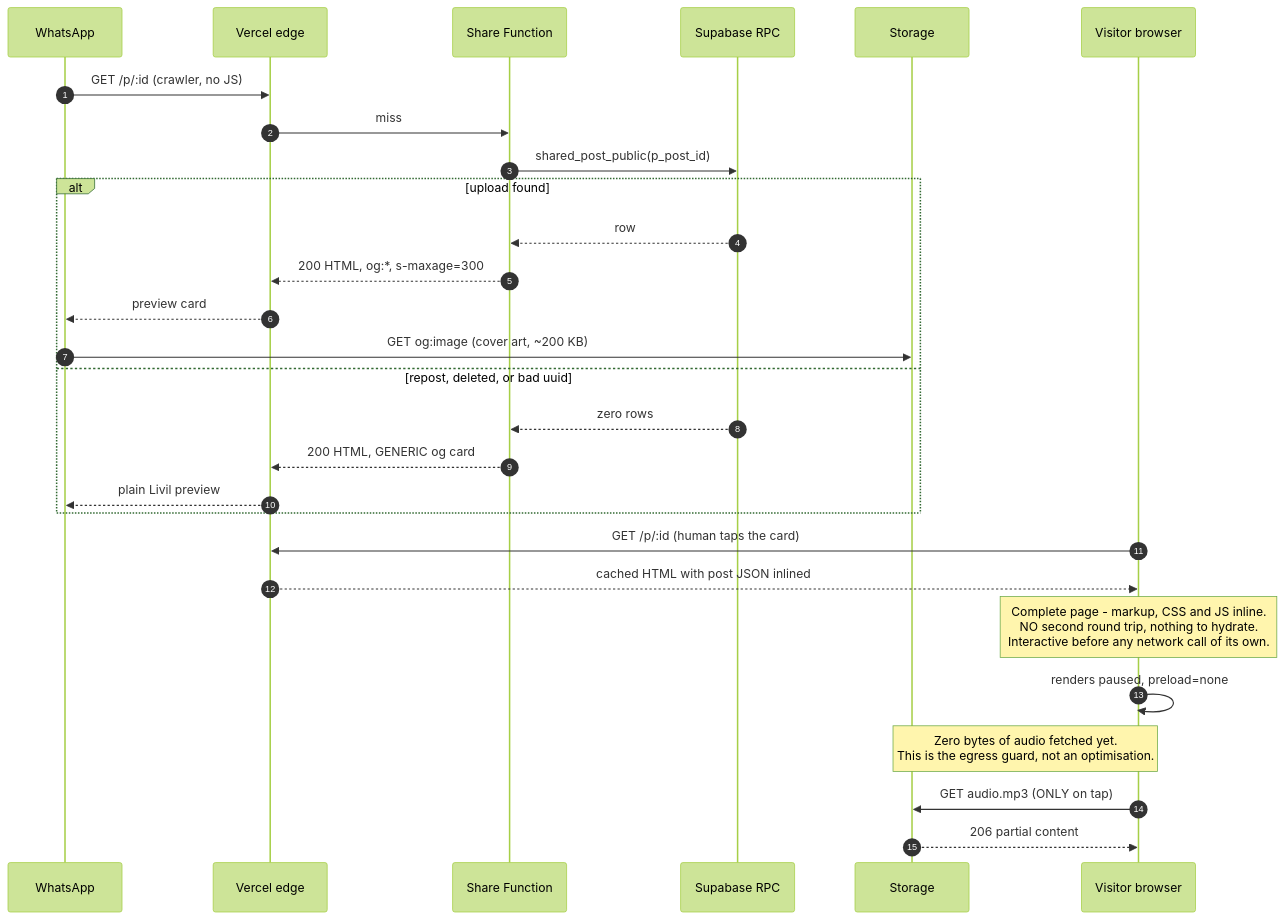
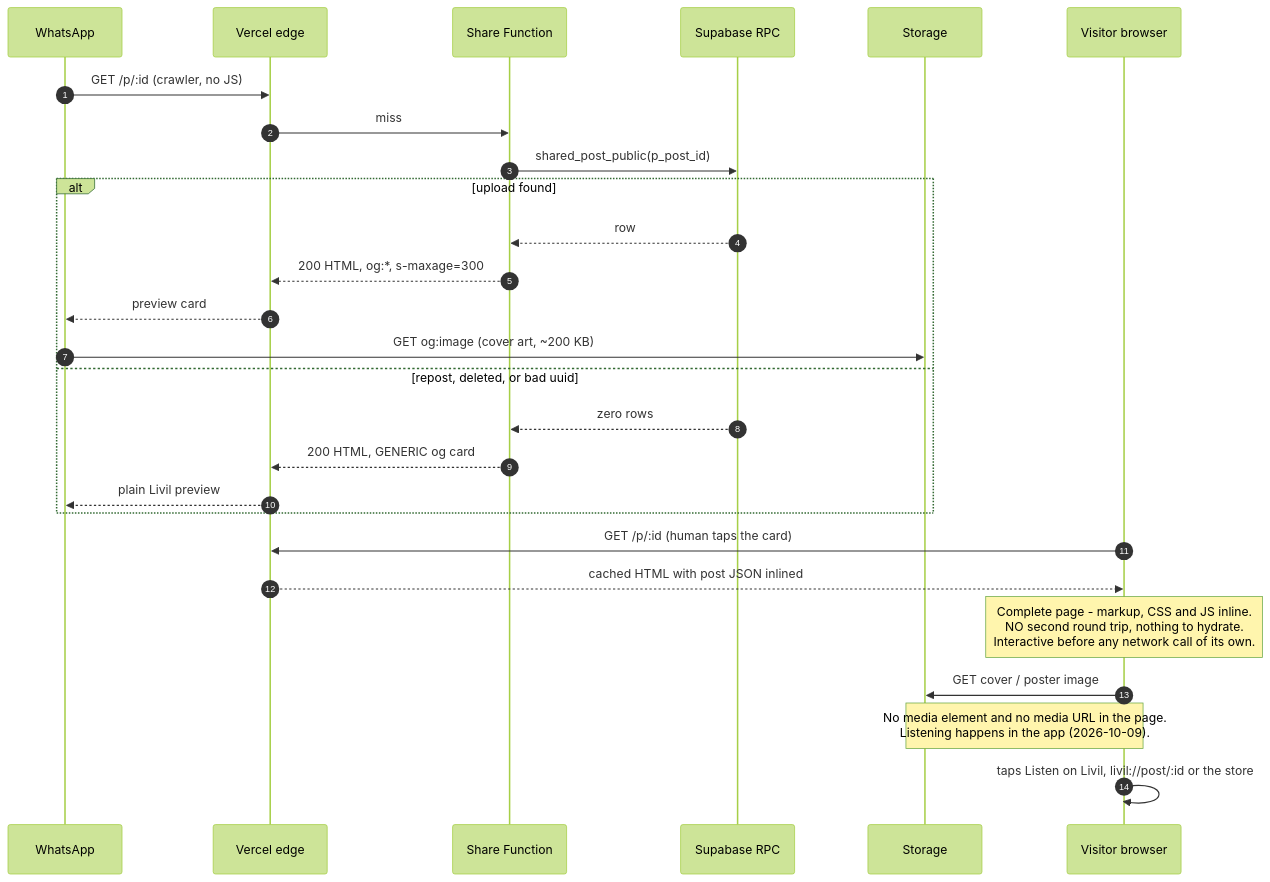
The fourth of 5 diagrams in kb/architecture/post-sharing.md (vvkiitkgp/livil), drawn with Mermaid (forest theme) before and after one commit. The commit also changed other lines of this file and 7 other files, not shown here.

First line of the commit message:
Share page: metadata only, listening needs the app (migration, not applied) (#268)

````diff
--- a/kb/architecture/post-sharing.md
+++ b/kb/architecture/post-sharing.md
@@ -434,32 +458,31 @@
 ```mermaid
 sequenceDiagram
     autonumber
     participant W as WhatsApp
     participant CDN as Vercel edge
     participant F as Share Function
     participant DB as Supabase RPC
     participant S as Storage
     participant U as Visitor browser
 
     W->>CDN: GET /p/:id (crawler, no JS)
     CDN->>F: miss
     F->>DB: shared_post_public(p_post_id)
     alt upload found
         DB-->>F: row
         F-->>CDN: 200 HTML, og:*, s-maxage=300
         CDN-->>W: preview card
         W->>S: GET og:image (cover art, ~200 KB)
     else repost, deleted, or bad uuid
         DB-->>F: zero rows
         F-->>CDN: 200 HTML, GENERIC og card
         CDN-->>W: plain Livil preview
     end
 
     U->>CDN: GET /p/:id (human taps the card)
     CDN-->>U: cached HTML with post JSON inlined
     Note over U: Complete page - markup, CSS and JS inline.<br/>NO second round trip, nothing to hydrate.<br/>Interactive before any network call of its own.
-    U->>U: renders paused, preload=none
-    Note over U,S: Zero bytes of audio fetched yet.<br/>This is the egress guard, not an optimisation.
-    U->>S: GET audio.mp3 (ONLY on tap)
-    S-->>U: 206 partial content
+    U->>S: GET cover / poster image
+    Note over U,S: No media element and no media URL in the page.<br/>Listening happens in the app (2026-10-09).
+    U->>U: taps Listen on Livil, livil://post/:id or the store
 ```
````
